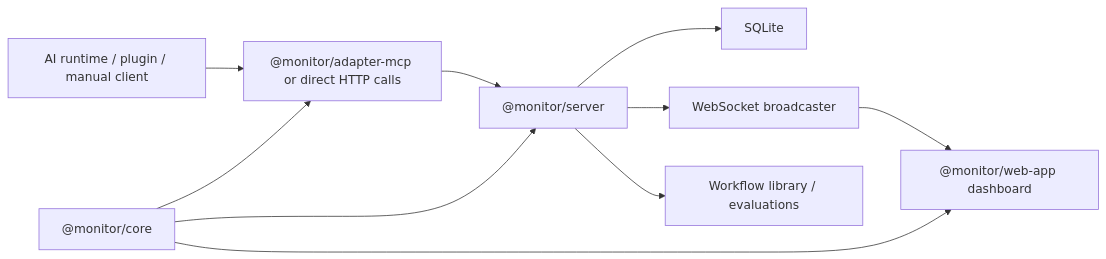
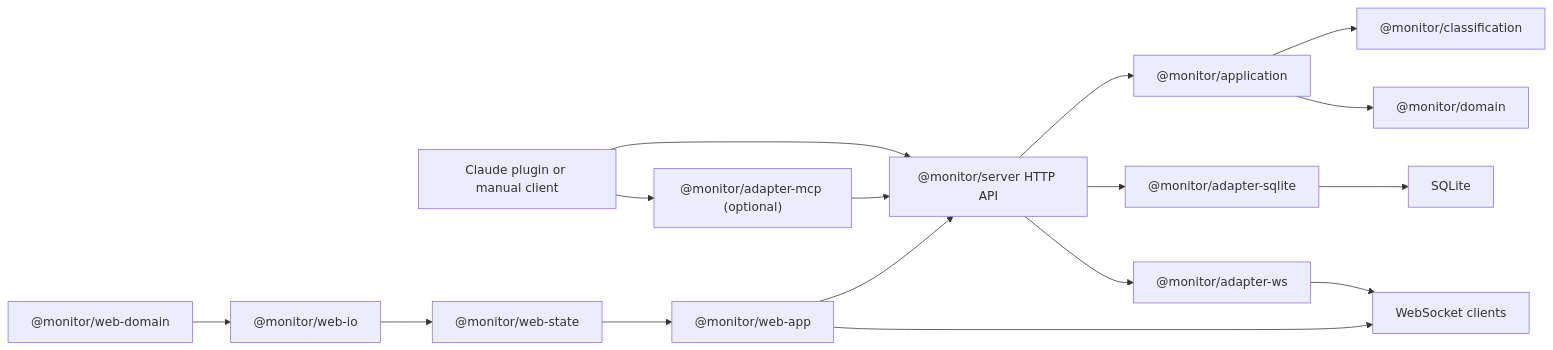
One commit to belljun3395/agent-tracer changed the diagram in docs/wiki/agent-tracer-overview.md. Above: the diagram before and after it, drawn with Mermaid. The commit also changed other lines of this file and 26 other files, not shown here.

````diff
--- a/docs/wiki/agent-tracer-overview.md
+++ b/docs/wiki/agent-tracer-overview.md
@@ -11,12 +12,18 @@
 ```mermaid
 flowchart LR
-  A["AI runtime / plugin / manual client"] --> B["@monitor/adapter-mcp or direct HTTP calls"]
-  B --> C["@monitor/server"]
-  C --> D["SQLite"]
-  C --> E["WebSocket broadcaster"]
-  E --> F["@monitor/web-app dashboard"]
-  C --> G["Workflow library / evaluations"]
-  H["@monitor/core"] --> B
-  H --> C
-  H --> F
+  A["Claude plugin or manual client"] --> B["@monitor/server HTTP API"]
+  A --> C["@monitor/adapter-mcp (optional)"]
+  C --> B
+  B --> D["@monitor/application"]
+  D --> E["@monitor/classification"]
+  D --> F["@monitor/domain"]
+  B --> G["@monitor/adapter-sqlite"]
+  B --> H["@monitor/adapter-ws"]
+  G --> I["SQLite"]
+  H --> J["WebSocket clients"]
+  K["@monitor/web-app"] --> B
+  K --> J
+  L["@monitor/web-state"] --> K
+  M["@monitor/web-io"] --> L
+  N["@monitor/web-domain"] --> M
 ```
````
